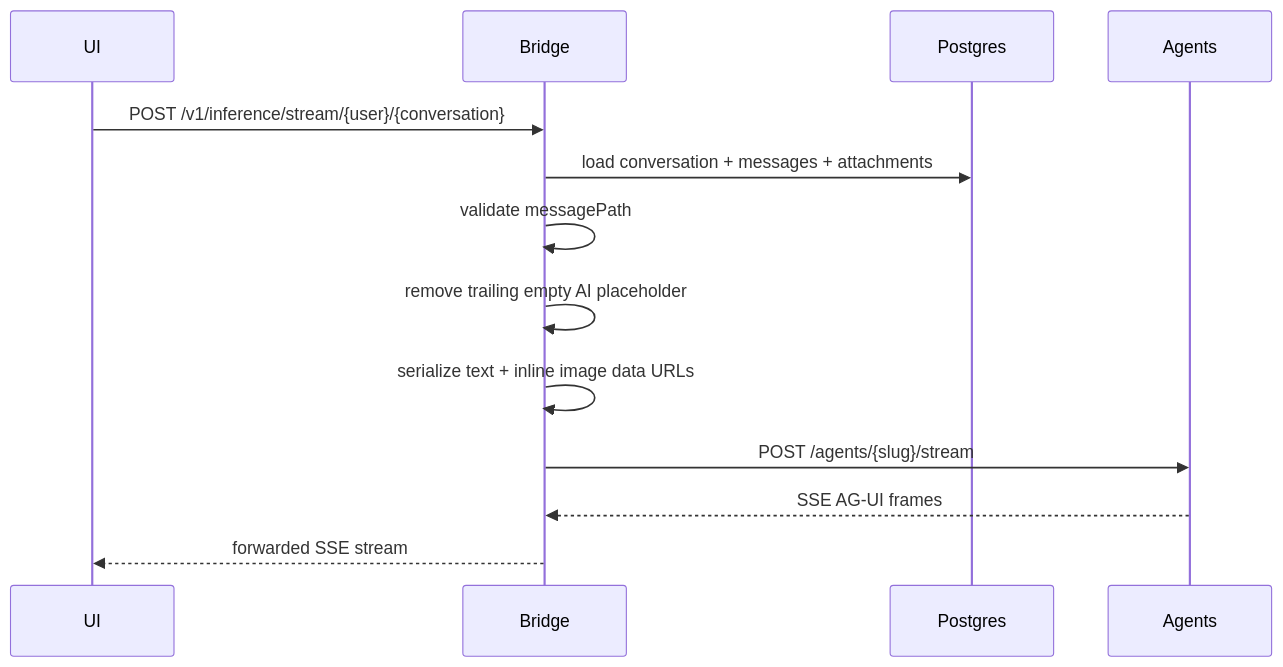
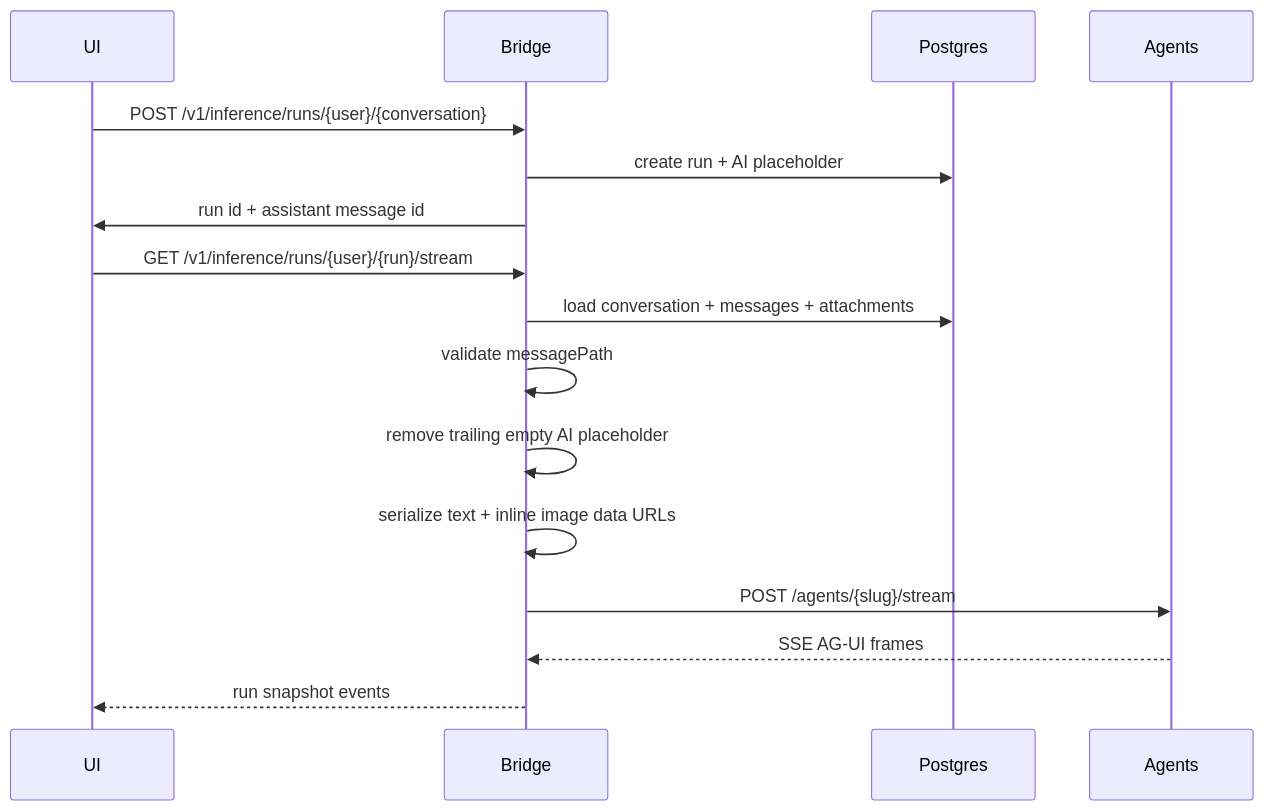
Before and after one commit to konstantinosmpouros/mAgenticX: the sixth of 7 diagrams in src/dialogue_bridge/README.md, drawn with Mermaid. The commit also changed other lines of this file and 19 other files, not shown here.

````diff
--- a/src/dialogue_bridge/README.md
+++ b/src/dialogue_bridge/README.md
@@ -297,16 +297,19 @@
 ```mermaid
 sequenceDiagram
     participant UI
     participant Bridge
     participant DB as Postgres
     participant Agents
 
-    UI->>Bridge: POST /v1/inference/stream/{user}/{conversation}
+    UI->>Bridge: POST /v1/inference/runs/{user}/{conversation}
+    Bridge->>DB: create run + AI placeholder
+    Bridge->>UI: run id + assistant message id
+    UI->>Bridge: GET /v1/inference/runs/{user}/{run}/stream
     Bridge->>DB: load conversation + messages + attachments
     Bridge->>Bridge: validate messagePath
     Bridge->>Bridge: remove trailing empty AI placeholder
     Bridge->>Bridge: serialize text + inline image data URLs
     Bridge->>Agents: POST /agents/{slug}/stream
     Agents-->>Bridge: SSE AG-UI frames
-    Bridge-->>UI: forwarded SSE stream
+    Bridge-->>UI: run snapshot events
 ```
````
